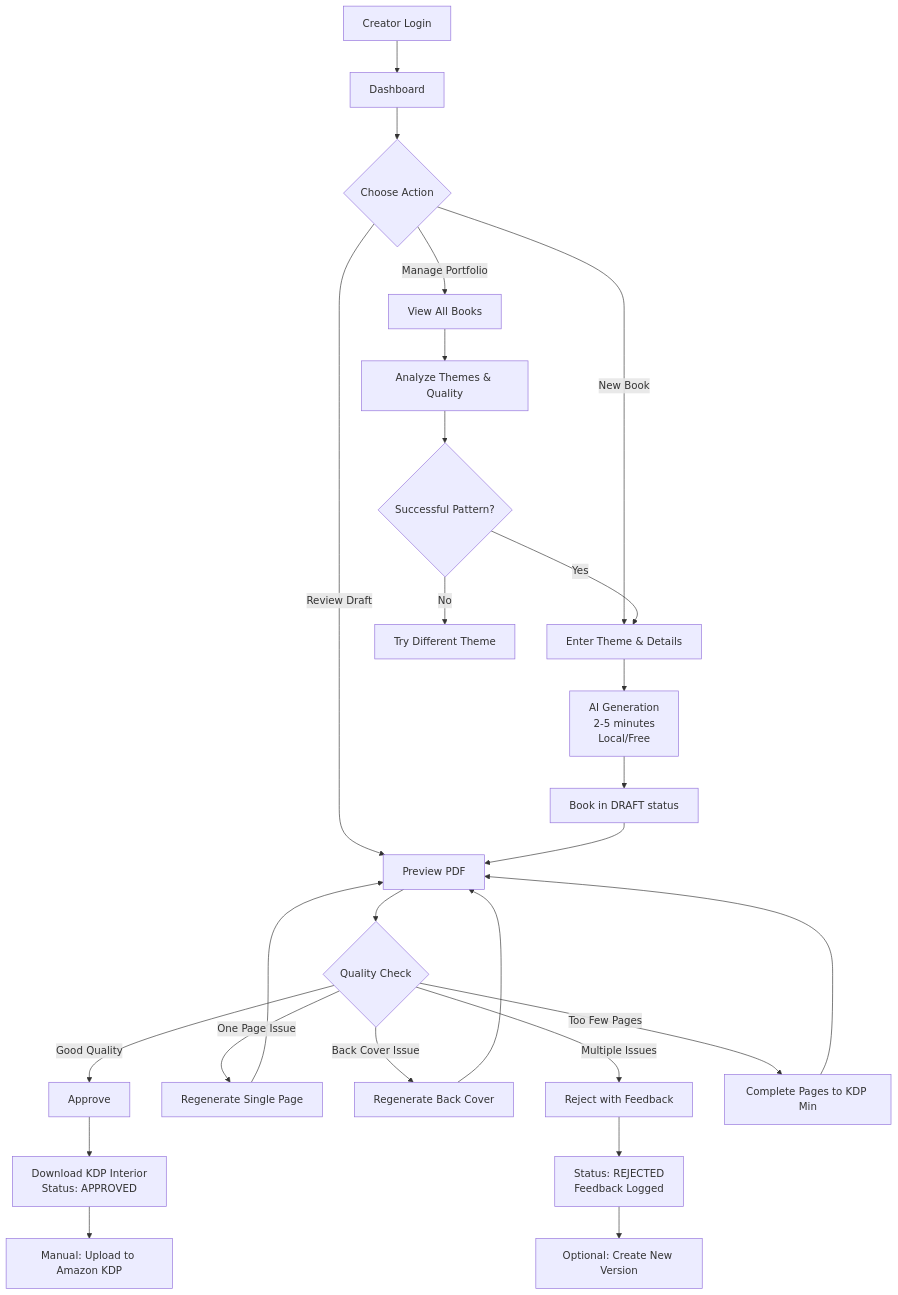
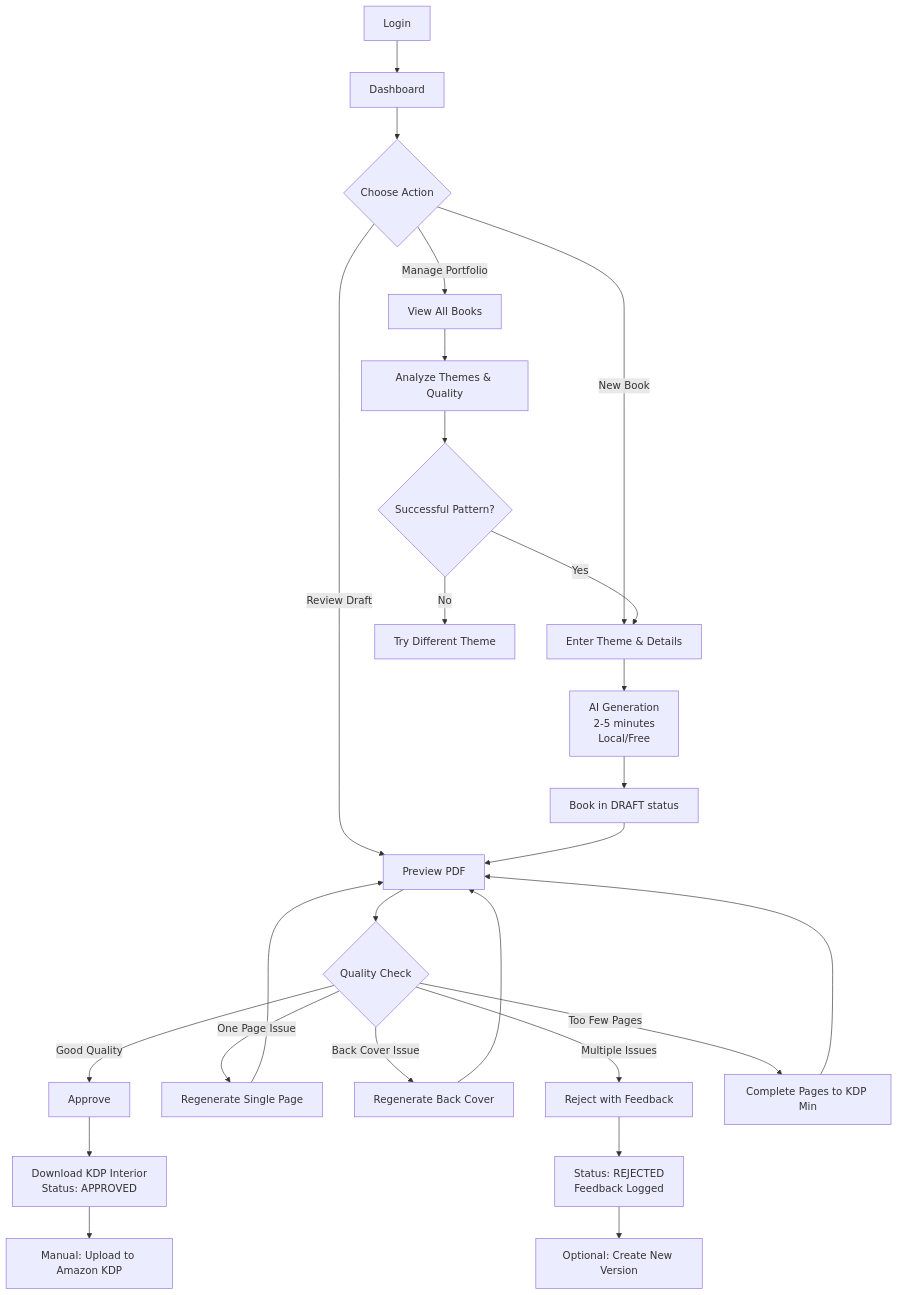
The diagram in docs/memory-bank/PROJECT_BRIEF.md (nash-team/backoffice), drawn with Mermaid before and after one commit. The commit also changed other lines of this file, not shown here.

````diff
--- a/docs/memory-bank/PROJECT_BRIEF.md
+++ b/docs/memory-bank/PROJECT_BRIEF.md
@@ -234,36 +224,36 @@
 ```mermaid
 graph TD
-    A[Creator Login] --> B[Dashboard]
+    A[Login] --> B[Dashboard]
     B --> C{Choose Action}
 
     C -->|New Book| D[Enter Theme & Details]
     C -->|Review Draft| E[Preview PDF]
     C -->|Manage Portfolio| F[View All Books]
 
     D --> G[AI Generation<br/>2-5 minutes<br/>Local/Free]
     G --> H[Book in DRAFT status]
 
     H --> E
     E --> I{Quality Check}
 
     I -->|Good Quality| J[Approve]
     I -->|One Page Issue| K[Regenerate Single Page]
     I -->|Back Cover Issue| L[Regenerate Back Cover]
     I -->|Multiple Issues| M[Reject with Feedback]
     I -->|Too Few Pages| N[Complete Pages to KDP Min]
 
     K --> E
     L --> E
     N --> E
 
     J --> O[Download KDP Interior<br/>Status: APPROVED]
     M --> P[Status: REJECTED<br/>Feedback Logged]
 
     O --> Q[Manual: Upload to Amazon KDP]
     P --> R[Optional: Create New Version]
 
     F --> S[Analyze Themes & Quality]
     S --> T{Successful Pattern?}
     T -->|Yes| D
     T -->|No| U[Try Different Theme]
 ```
````
